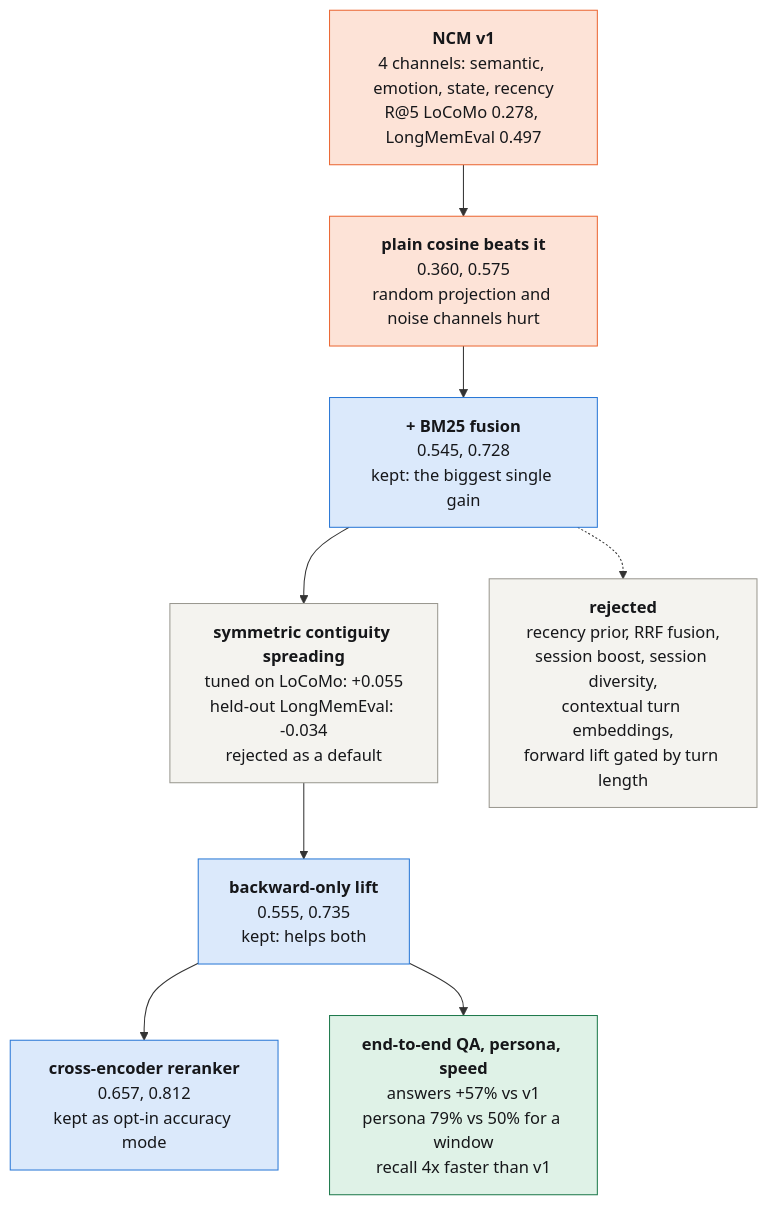
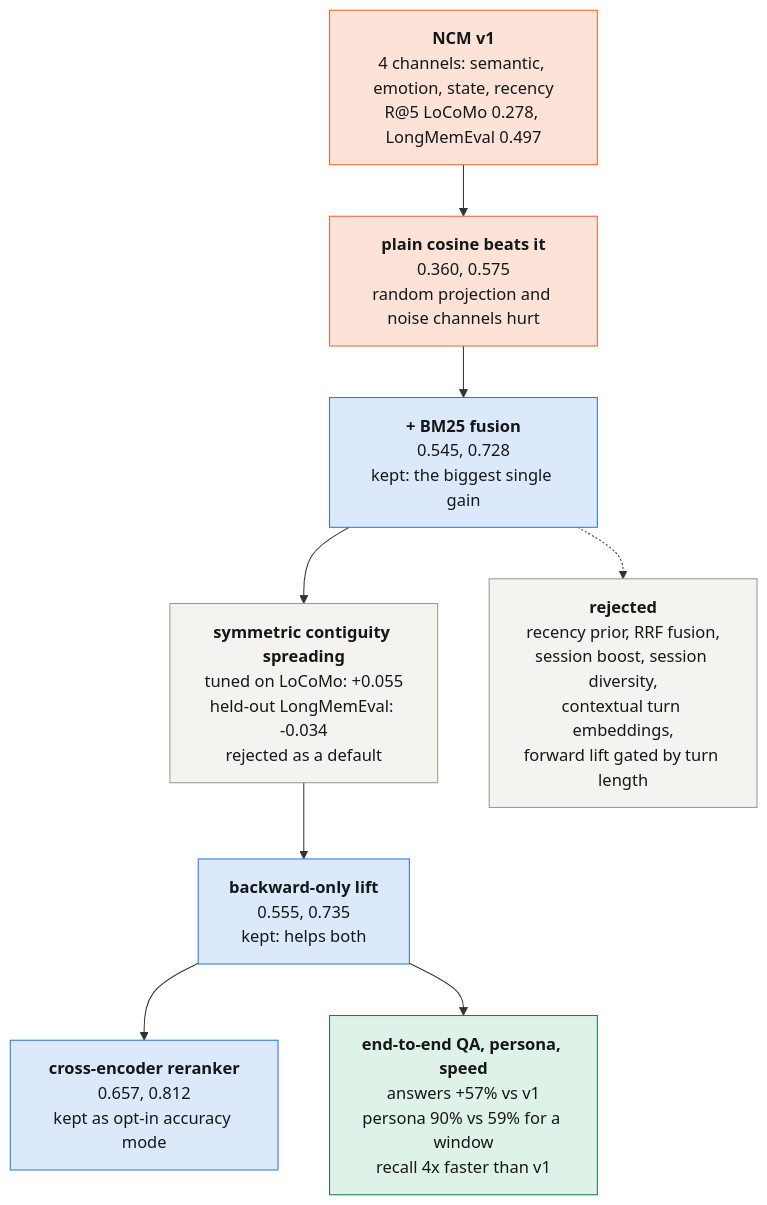
Before and after one commit to iam-saiteja/NCM: the third of 3 diagrams in README.md, drawn with Mermaid. The commit also changed other lines of this file and 6 other files, not shown here.

````diff
--- a/README.md
+++ b/README.md
@@ -260,18 +266,18 @@
 ```mermaid
 flowchart TD
     A["<b>NCM v1</b><br/>4 channels: semantic, emotion, state, recency<br/>R@5 LoCoMo 0.278, LongMemEval 0.497"] --> B["<b>plain cosine beats it</b><br/>0.360, 0.575<br/>random projection and noise channels hurt"]
     B --> C["<b>+ BM25 fusion</b><br/>0.545, 0.728<br/>kept: the biggest single gain"]
     C --> D["<b>symmetric contiguity spreading</b><br/>tuned on LoCoMo: +0.055<br/>held-out LongMemEval: -0.034<br/>rejected as a default"]
     D --> E["<b>backward-only lift</b><br/>0.555, 0.735<br/>kept: helps both"]
     E --> F["<b>cross-encoder reranker</b><br/>0.657, 0.812<br/>kept as opt-in accuracy mode"]
-    E --> G["<b>end-to-end QA, persona, speed</b><br/>answers +57% vs v1<br/>persona 79% vs 50% for a window<br/>recall 4x faster than v1"]
+    E --> G["<b>end-to-end QA, persona, speed</b><br/>answers +57% vs v1<br/>persona 90% vs 59% for a window<br/>recall 4x faster than v1"]
     C -.-> X["<b>rejected</b><br/>recency prior, RRF fusion,<br/>session boost, session diversity,<br/>contextual turn embeddings,<br/>forward lift gated by turn length"]
     classDef v1 fill:#fde3d7,stroke:#eb6834,color:#16171a
     classDef kept fill:#dbe9fb,stroke:#2a78d6,color:#16171a
     classDef no fill:#f4f3ef,stroke:#9a9890,color:#16171a
     classDef result fill:#dff2e7,stroke:#1f7a4d,color:#16171a
     class A,B v1
     class C,E,F kept
     class D,X no
     class G result
 ```
````
